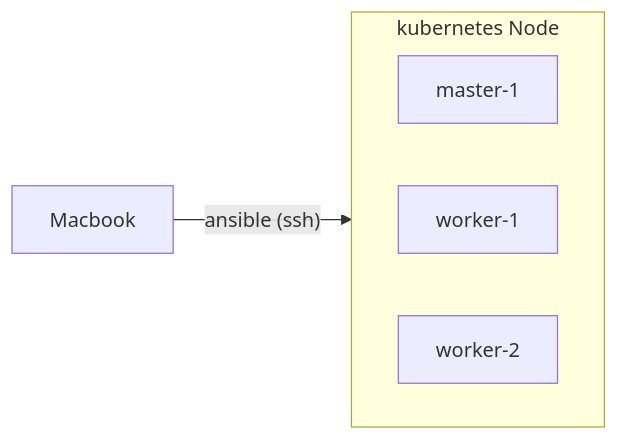
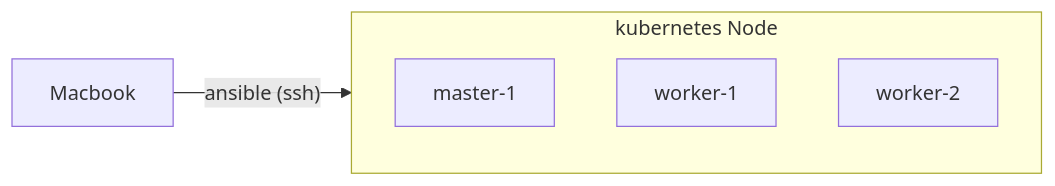
One commit to kuroweb/k8s changed the second of 2 diagrams in README.md. Above: the diagram before and after it, drawn with Mermaid.

````diff
--- a/README.md
+++ b/README.md
@@ -48,14 +48,12 @@
 ```mermaid
 graph LR
   Macbook
 
   subgraph k8s["kubernetes Node"]
-    direction LR
-
     master-1
     worker-1
     worker-2
   end
 
   Macbook--ansible (ssh)-->k8s
 ```
````
